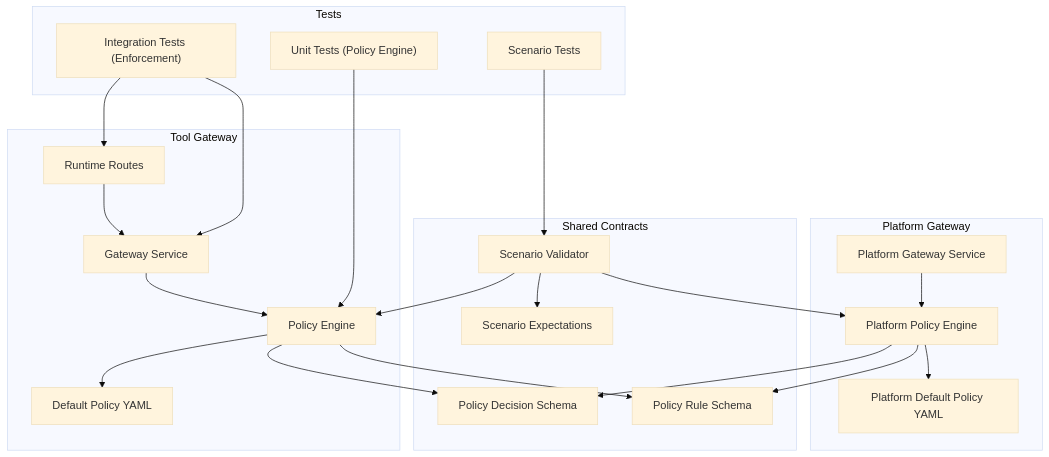
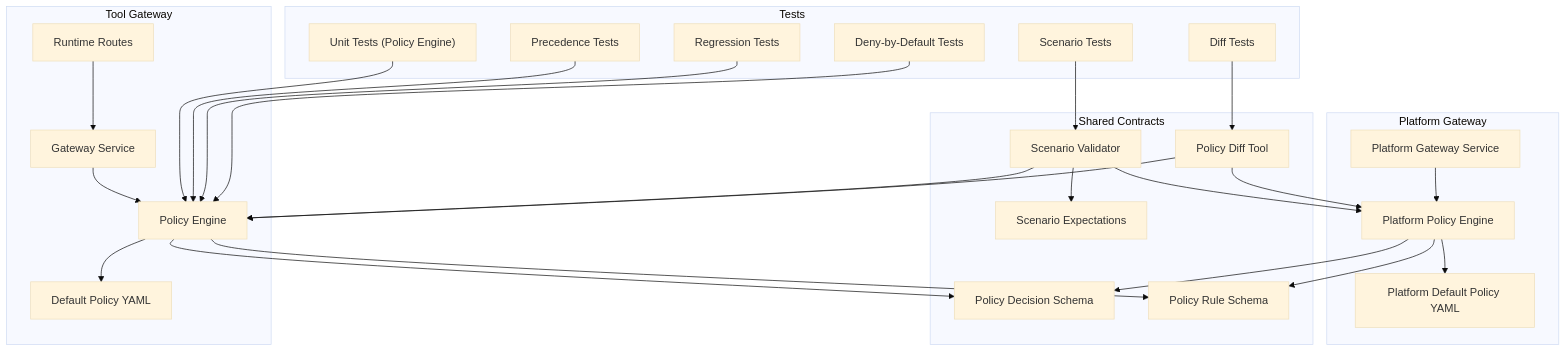
One commit to metasync/luban-aiops changed the first of 8 diagrams in .qoder/repowiki/en/content/Policy Management/Policy Testing and Validation.md. Above: the diagram before and after it, drawn with Mermaid (base theme). The commit also changed other lines of this file and 35 other files, not shown here.

````diff
--- a/.qoder/repowiki/en/content/Policy Management/Policy Testing and Validation.md
+++ b/.qoder/repowiki/en/content/Policy Management/Policy Testing and Validation.md
@@ -58,41 +67,49 @@
 ```mermaid
 graph TB
 subgraph "Tool Gateway"
 GW["Gateway Service"]
 PE["Policy Engine"]
 RT["Runtime Routes"]
 POL["Default Policy YAML"]
 end
 subgraph "Platform Gateway"
 PGW["Platform Gateway Service"]
 PPE["Platform Policy Engine"]
 PPOL["Platform Default Policy YAML"]
 end
 subgraph "Shared Contracts"
 SCHEMA_DEC["Policy Decision Schema"]
 SCHEMA_RULE["Policy Rule Schema"]
 SCENARIOS["Scenario Expectations"]
 VALIDATOR["Scenario Validator"]
+DIFF_TOOL["Policy Diff Tool"]
 end
 subgraph "Tests"
 UTEST["Unit Tests (Policy Engine)"]
-ITEST["Integration Tests (Enforcement)"]
+PT["Precedence Tests"]
+RTTEST["Regression Tests"]
+DBD["Deny-by-Default Tests"]
 STEST["Scenario Tests"]
+DTTEST["Diff Tests"]
 end
 RT --> GW
 GW --> PE
 PE --> POL
 PE --> SCHEMA_DEC
 PE --> SCHEMA_RULE
 PGW --> PPE
 PPE --> PPOL
 PPE --> SCHEMA_DEC
 PPE --> SCHEMA_RULE
 STEST --> VALIDATOR
 VALIDATOR --> SCENARIOS
 VALIDATOR --> PE
 VALIDATOR --> PPE
+DTTEST --> DIFF_TOOL
+DIFF_TOOL --> PE
+DIFF_TOOL --> PPE
 UTEST --> PE
-ITEST --> GW
-ITEST --> RT
+PT --> PE
+RTTEST --> PE
+DBD --> PE
 ```
````
